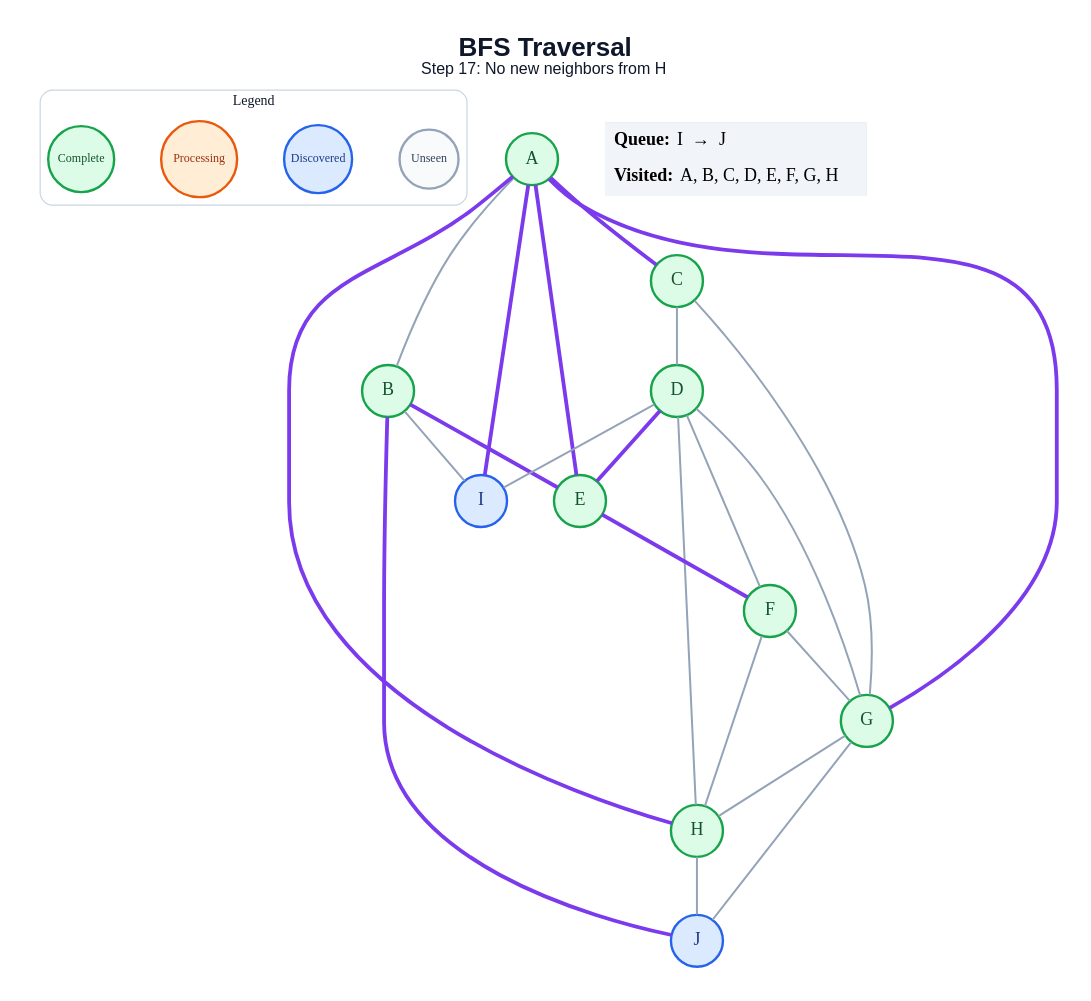
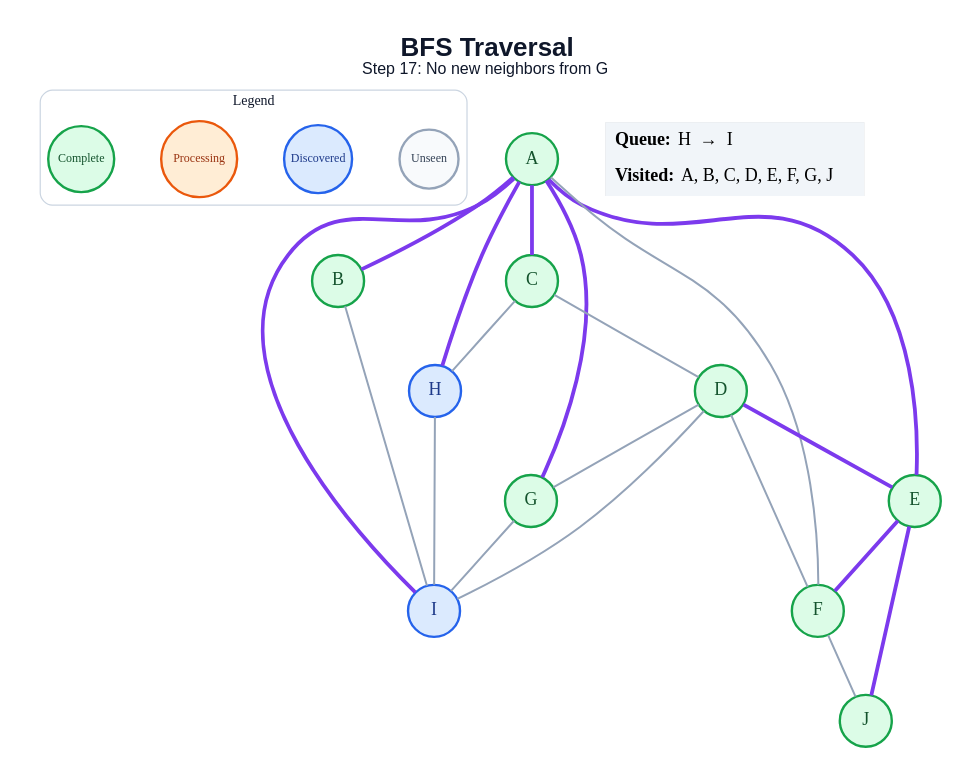
Before and after one commit to amanghodawala9/ai-slop: the diagram in generated/specific-node/bfs/step_17.dot, drawn with Graphviz. The commit also changed 178 other files, not shown here.

```diff
--- a/generated/specific-node/bfs/step_17.dot
+++ b/generated/specific-node/bfs/step_17.dot
@@ -1,51 +1,48 @@
 graph traversal {
   graph [layout=dot, rankdir=TB, bgcolor="#FFFFFF", pad="0.35", nodesep="0.65", ranksep="0.8", fontname="Arial"];
   node [shape=circle, style="filled", fontname="Arial Bold", fontsize=18, width=0.72, fixedsize=true, penwidth=2.4];
   edge [color="#94A3B8", penwidth=2.0];
-  label=<<B>BFS Traversal</B><BR/><FONT POINT-SIZE="16">Step 17: No new neighbors from H</FONT>>; labelloc="t"; fontsize=26; fontname="Arial"; fontcolor="#0F172A";
+  label=<<B>BFS Traversal</B><BR/><FONT POINT-SIZE="16">Step 17: No new neighbors from G</FONT>>; labelloc="t"; fontsize=26; fontname="Arial"; fontcolor="#0F172A";
   subgraph cluster_legend { label="Legend"; color="#CBD5E1"; penwidth=1.2; style="rounded"; fontsize=14; fontname="Arial Bold";
     key_unseen [label="Unseen", fillcolor="#F8FAFC", color="#94A3B8", fontcolor="#334155", fontsize=12, width=0.82];
     key_frontier [label="Discovered", fillcolor="#DBEAFE", color="#2563EB", fontcolor="#1E3A8A", fontsize=12, width=0.95];
     key_current [label="Processing", fillcolor="#FFEDD5", color="#EA580C", fontcolor="#9A3412", fontsize=12, width=1.05];
     key_done [label="Complete", fillcolor="#DCFCE7", color="#16A34A", fontcolor="#14532D", fontsize=12, width=0.92];
     { rank=same; key_unseen; key_frontier; key_current; key_done; }
   }
   A [fillcolor="#DCFCE7", color="#16A34A", fontcolor="#14532D"];
   B [fillcolor="#DCFCE7", color="#16A34A", fontcolor="#14532D"];
   C [fillcolor="#DCFCE7", color="#16A34A", fontcolor="#14532D"];
   D [fillcolor="#DCFCE7", color="#16A34A", fontcolor="#14532D"];
   E [fillcolor="#DCFCE7", color="#16A34A", fontcolor="#14532D"];
   F [fillcolor="#DCFCE7", color="#16A34A", fontcolor="#14532D"];
   G [fillcolor="#DCFCE7", color="#16A34A", fontcolor="#14532D"];
-  H [fillcolor="#DCFCE7", color="#16A34A", fontcolor="#14532D"];
+  H [fillcolor="#DBEAFE", color="#2563EB", fontcolor="#1E3A8A"];
   I [fillcolor="#DBEAFE", color="#2563EB", fontcolor="#1E3A8A"];
-  J [fillcolor="#DBEAFE", color="#2563EB", fontcolor="#1E3A8A"];
-  A -- B;
+  J [fillcolor="#DCFCE7", color="#16A34A", fontcolor="#14532D"];
+  A -- B [color="#7C3AED", penwidth=3.8];
   A -- C [color="#7C3AED", penwidth=3.8];
   A -- E [color="#7C3AED", penwidth=3.8];
+  A -- F;
   A -- G [color="#7C3AED", penwidth=3.8];
   A -- H [color="#7C3AED", penwidth=3.8];
   A -- I [color="#7C3AED", penwidth=3.8];
-  B -- E [color="#7C3AED", penwidth=3.8];
   B -- I;
-  B -- J [color="#7C3AED", penwidth=3.8];
   C -- D;
-  C -- G;
+  C -- H;
   D -- E [color="#7C3AED", penwidth=3.8];
   D -- F;
   D -- G;
-  D -- H;
   D -- I;
   E -- F [color="#7C3AED", penwidth=3.8];
-  F -- G;
-  F -- H;
-  G -- H;
-  G -- J;
-  H -- J;
+  E -- J [color="#7C3AED", penwidth=3.8];
+  F -- J;
+  G -- I;
+  H -- I;
   status [shape=plain, fixedsize=false, width=0, height=0, margin=0, label=<
     <TABLE BORDER="0" CELLBORDER="0" CELLPADDING="7" BGCOLOR="#F1F5F9">
-      <TR><TD ALIGN="LEFT"><B>Queue:</B> I  →  J</TD></TR>
-      <TR><TD ALIGN="LEFT"><B>Visited:</B> A, B, C, D, E, F, G, H</TD></TR>
+      <TR><TD ALIGN="LEFT"><B>Queue:</B> H  →  I</TD></TR>
+      <TR><TD ALIGN="LEFT"><B>Visited:</B> A, B, C, D, E, F, G, J</TD></TR>
     </TABLE>
   >];
 }
```
